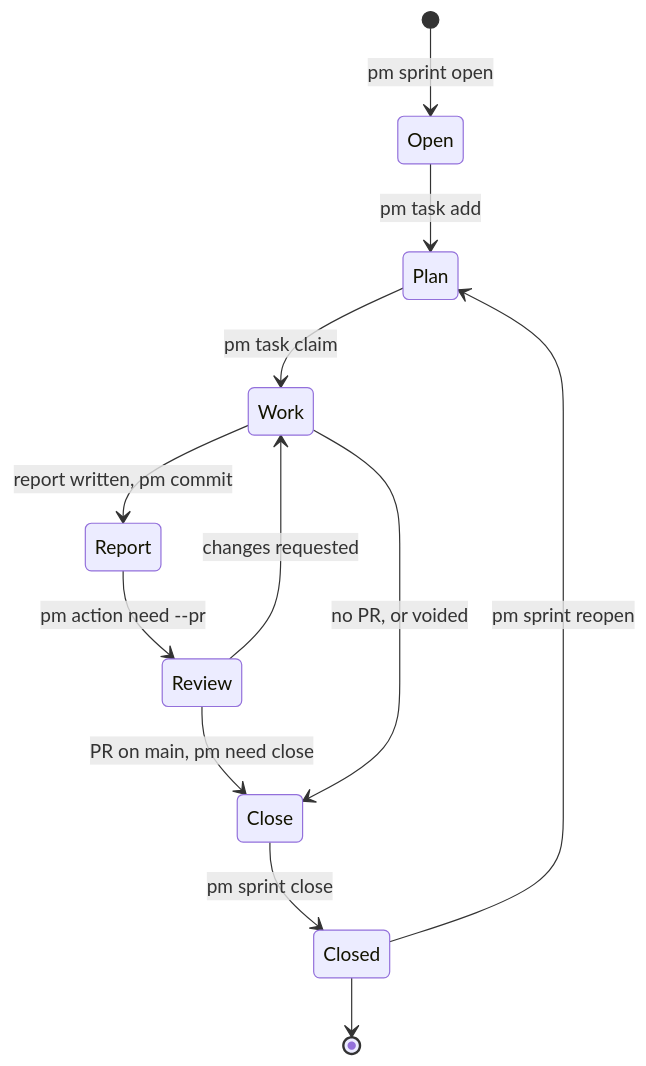
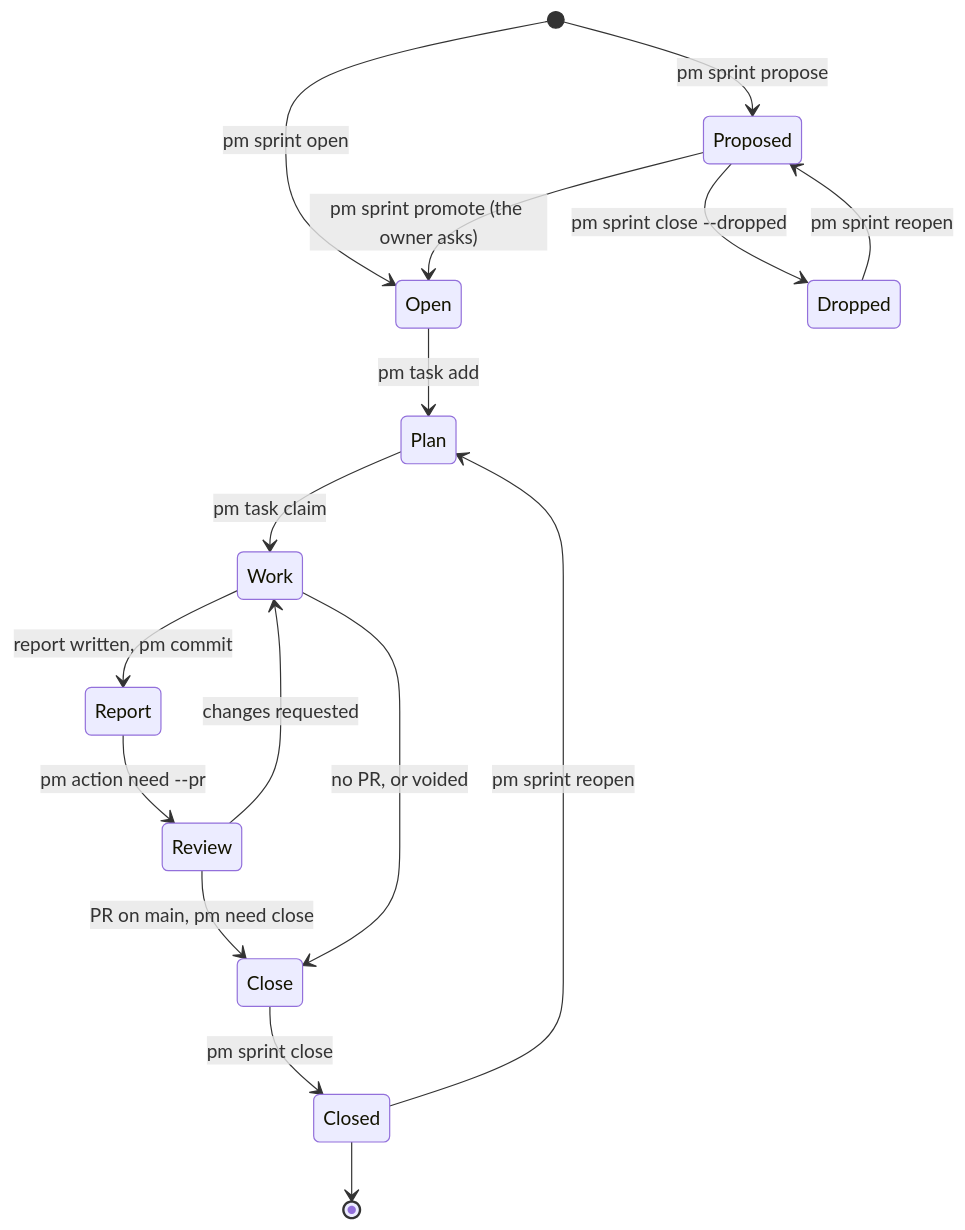
The diagram in design/sprint-lifecycle.md (Yeeef/pm), drawn with Mermaid before and after one commit. The commit also changed other lines of this file and 4 other files, not shown here.

First line of the commit message:
pm draft: design pages of drafts/pm-sprint-propose

````diff
--- a/design/sprint-lifecycle.md
+++ b/design/sprint-lifecycle.md
@@ -79,14 +79,18 @@
 ```mermaid
 stateDiagram-v2
   [*] --> Open: pm sprint open
+  [*] --> Proposed: pm sprint propose
+  Proposed --> Open: pm sprint promote (the owner asks)
+  Proposed --> Dropped: pm sprint close --dropped
+  Dropped --> Proposed: pm sprint reopen
   Open --> Plan: pm task add
   Plan --> Work: pm task claim
   Work --> Report: report written, pm commit
   Report --> Review: pm action need --pr
   Review --> Work: changes requested
   Review --> Close: PR on main, pm need close
   Work --> Close: no PR, or voided
   Close --> Closed: pm sprint close
   Closed --> Plan: pm sprint reopen
   Closed --> [*]
 ```
````
